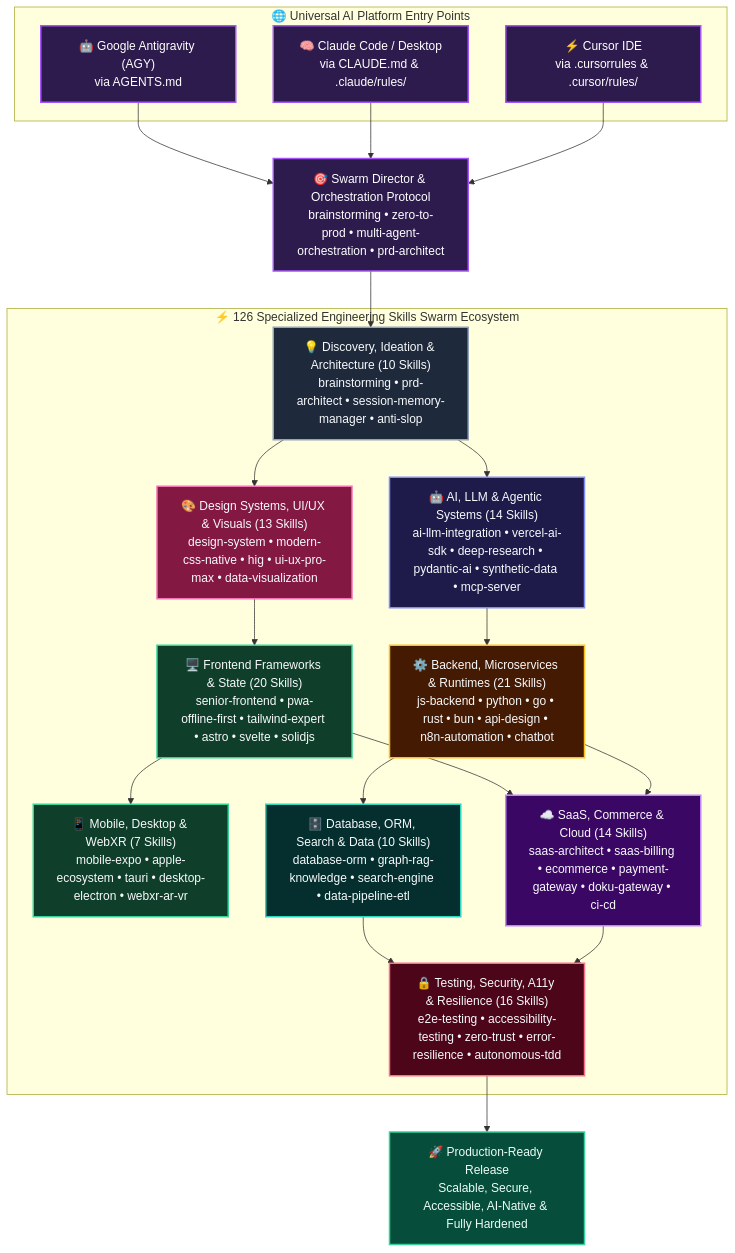
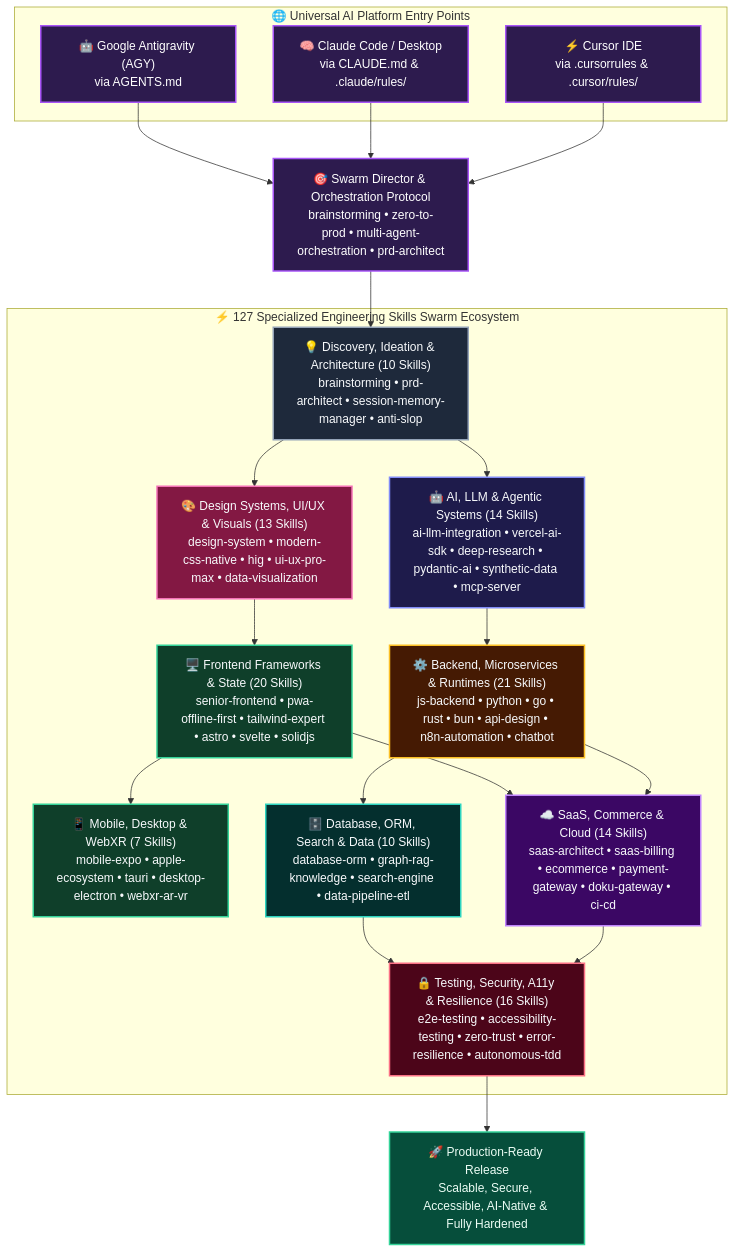
Before and after one commit to roedyrustam/vibes-plug: the diagram in README.md, drawn with Mermaid. The commit also changed other lines of this file, not shown here.

Commit message:
docs: update README for v3.7.0 with 127 skills and expanded CLI documentation

````diff
--- a/README.md
+++ b/README.md
@@ -16,64 +16,64 @@
 ```mermaid
 graph TD
     subgraph PLATFORMS["🌐 Universal AI Platform Entry Points"]
         AGY["🤖 Google Antigravity (AGY)<br/>via AGENTS.md"]
         CLAUDE["🧠 Claude Code / Desktop<br/>via CLAUDE.md & .claude/rules/"]
         CURSOR["⚡ Cursor IDE<br/>via .cursorrules & .cursor/rules/"]
     end
 
     DIRECTOR["🎯 Swarm Director & Orchestration Protocol<br/>brainstorming • zero-to-prod • multi-agent-orchestration • prd-architect"]
 
-    subgraph SWARM["⚡ 126 Specialized Engineering Skills Swarm Ecosystem"]
+    subgraph SWARM["⚡ 127 Specialized Engineering Skills Swarm Ecosystem"]
         D1["💡 Discovery, Ideation & Architecture (10 Skills)<br/>brainstorming • prd-architect • session-memory-manager • anti-slop"]
         D2["🤖 AI, LLM & Agentic Systems (14 Skills)<br/>ai-llm-integration • vercel-ai-sdk • deep-research • pydantic-ai • synthetic-data • mcp-server"]
         D3["🎨 Design Systems, UI/UX & Visuals (13 Skills)<br/>design-system • modern-css-native • hig • ui-ux-pro-max • data-visualization"]
         D4["🖥️ Frontend Frameworks & State (20 Skills)<br/>senior-frontend • pwa-offline-first • tailwind-expert • astro • svelte • solidjs"]
         D5["📱 Mobile, Desktop & WebXR (7 Skills)<br/>mobile-expo • apple-ecosystem • tauri • desktop-electron • webxr-ar-vr"]
         D6["⚙️ Backend, Microservices & Runtimes (21 Skills)<br/>js-backend • python • go • rust • bun • api-design • n8n-automation • chatbot"]
         D7["🗄️ Database, ORM, Search & Data (10 Skills)<br/>database-orm • graph-rag-knowledge • search-engine • data-pipeline-etl"]
         D8["☁️ SaaS, Commerce & Cloud (14 Skills)<br/>saas-architect • saas-billing • ecommerce • payment-gateway • doku-gateway • ci-cd"]
         D9["🔒 Testing, Security, A11y & Resilience (16 Skills)<br/>e2e-testing • accessibility-testing • zero-trust • error-resilience • autonomous-tdd"]
     end
 
     PROD["🚀 Production-Ready Release<br/>Scalable, Secure, Accessible, AI-Native & Fully Hardened"]
 
     AGY --> DIRECTOR
     CLAUDE --> DIRECTOR
     CURSOR --> DIRECTOR
 
     DIRECTOR --> D1
     D1 --> D2
     D1 --> D3
     D2 --> D6
     D3 --> D4
     D4 --> D5
     D4 --> D8
     D6 --> D7
     D6 --> D8
     D7 --> D9
     D8 --> D9
     D9 --> PROD
 
     classDef hero fill:#2d1b4e,stroke:#a855f7,stroke-width:2px,color:#fff;
     classDef ai fill:#1e1b4b,stroke:#818cf8,stroke-width:2px,color:#f8fafc;
     classDef ui fill:#831843,stroke:#f472b6,stroke-width:2px,color:#f8fafc;
     classDef front fill:#0f3f2a,stroke:#34d399,stroke-width:2px,color:#f8fafc;
     classDef back fill:#451a03,stroke:#fbbf24,stroke-width:2px,color:#f8fafc;
     classDef saas fill:#3b0764,stroke:#c084fc,stroke-width:2px,color:#f8fafc;
     classDef db fill:#042f2e,stroke:#2dd4bf,stroke-width:2px,color:#f8fafc;
     classDef sec fill:#4c0519,stroke:#fb7185,stroke-width:2px,color:#f8fafc;
     classDef util fill:#1e293b,stroke:#94a3b8,stroke-width:2px,color:#f8fafc;
     classDef target fill:#064e3b,stroke:#34d399,stroke-width:2px,color:#ecfdf5;
 
     class AGY,CLAUDE,CURSOR,DIRECTOR hero;
     class D1 util;
     class D2 ai;
     class D3 ui;
     class D4 front;
     class D5 front;
     class D6 back;
     class D7 db;
     class D8 saas;
     class D9 sec;
     class PROD target;
 ```
````
